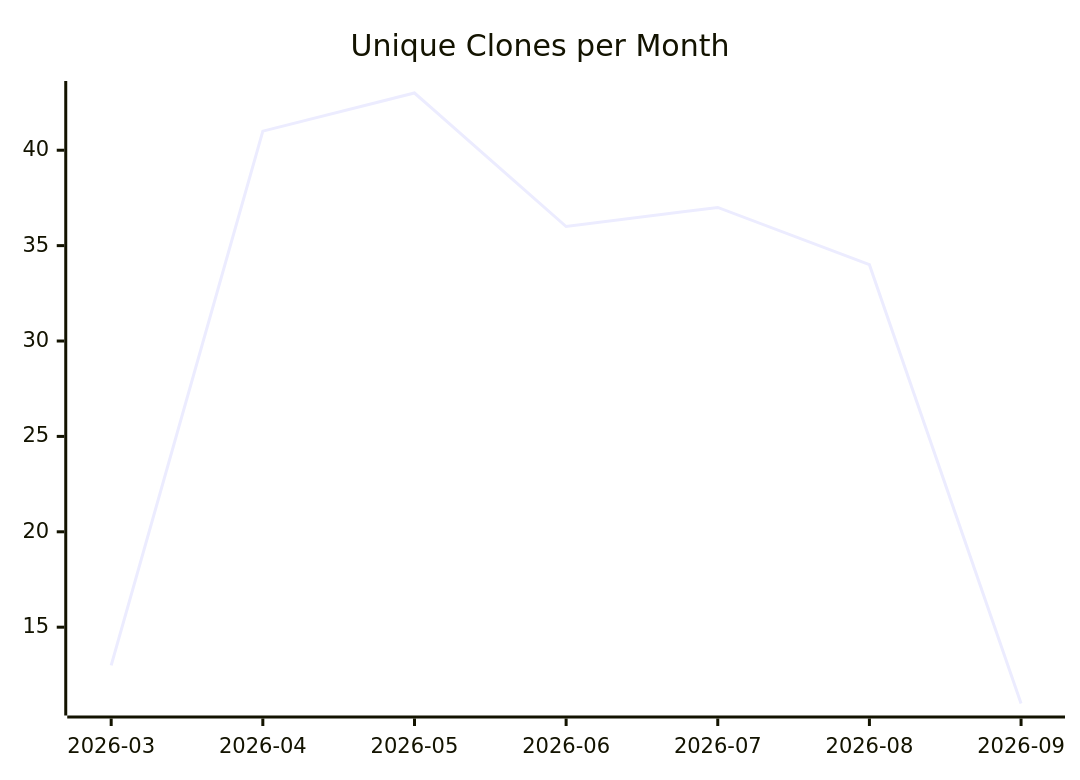
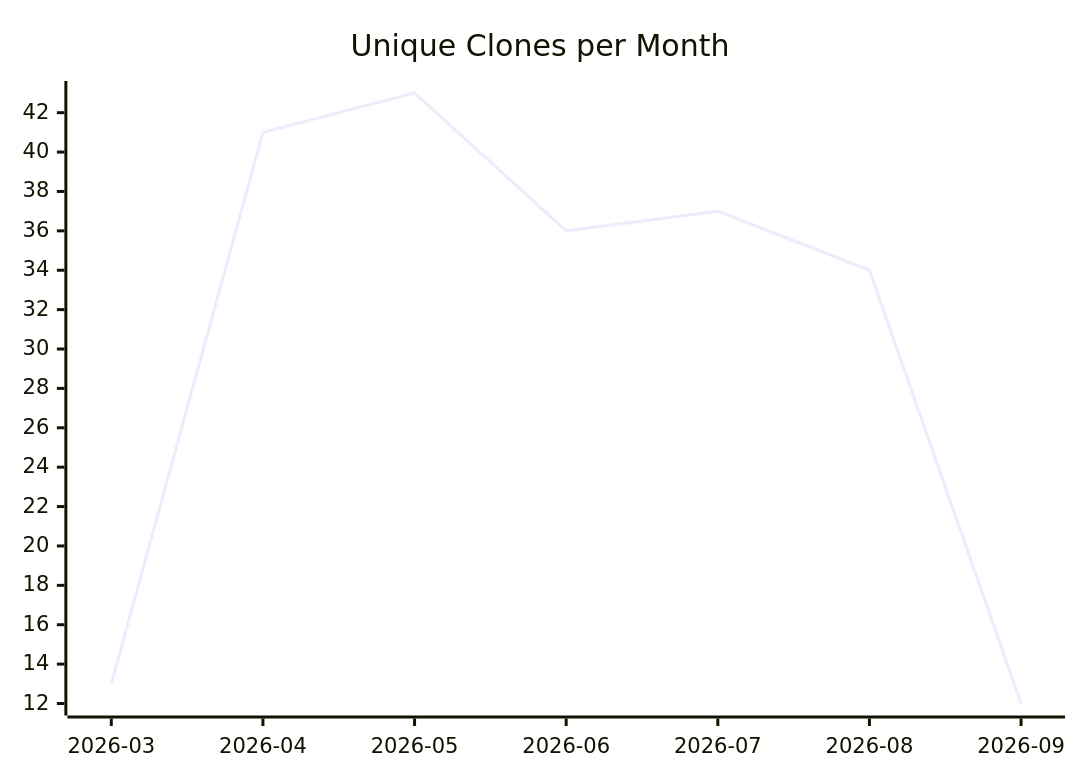
Before and after one commit to justdavis-family/github-analytics-data: the third of 3 diagrams in karlmdavis/usgs-water-api-java/README.md, drawn with Mermaid. The commit also changed other lines of this file and 191 other files, not shown here.

````diff
--- a/karlmdavis/usgs-water-api-java/README.md
+++ b/karlmdavis/usgs-water-api-java/README.md
@@ -19,6 +19,6 @@
 ```mermaid
 xychart-beta
   title "Unique Clones per Month"
   x-axis ["2026-03", "2026-04", "2026-05", "2026-06", "2026-07", "2026-08", "2026-09"]
-  line [13, 41, 43, 36, 37, 34, 11]
+  line [13, 41, 43, 36, 37, 34, 12]
 ```
````
